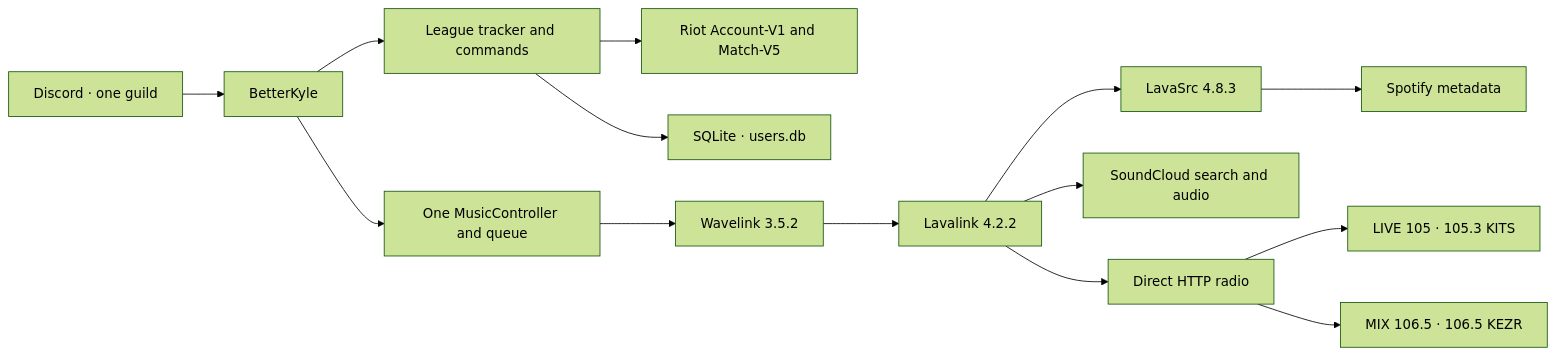
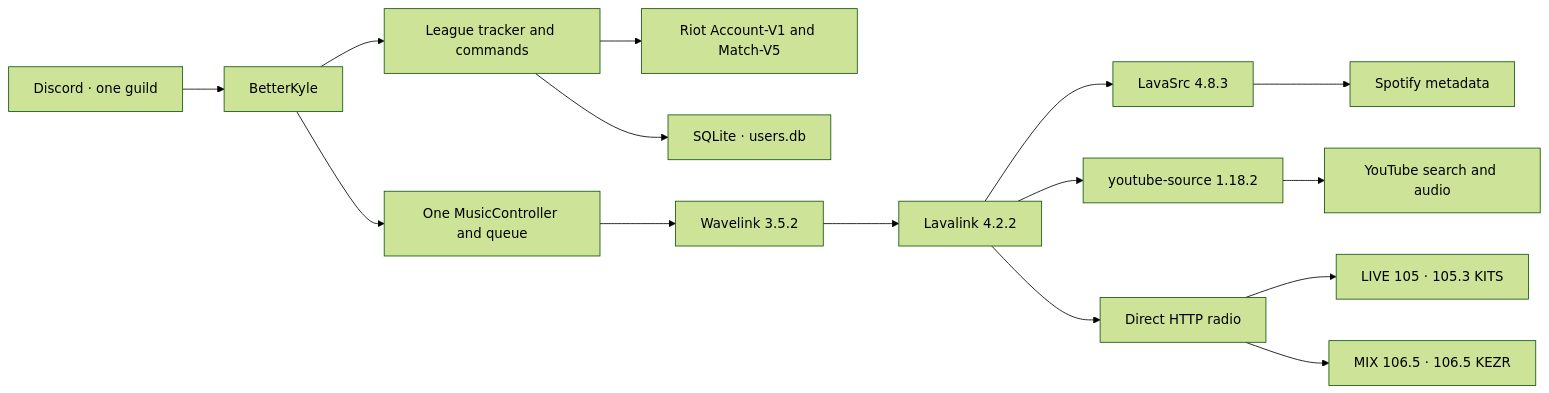
Before and after one commit to EddyM30/BetterKyle: the diagram in README.md, drawn with Mermaid (forest theme). The commit also changed other lines of this file and 6 other files, not shown here.

Commit message:
Restore music playback with YouTube audio

````diff
--- a/README.md
+++ b/README.md
@@ -54,16 +57,17 @@
 ```mermaid
 flowchart LR
     Discord["Discord · one guild"] --> Bot["BetterKyle"]
     Bot --> League["League tracker and commands"]
     League --> Riot["Riot Account-V1 and Match-V5"]
     League --> SQLite["SQLite · users.db"]
     Bot --> Music["One MusicController and queue"]
     Music --> Wavelink["Wavelink 3.5.2"]
     Wavelink --> Lavalink["Lavalink 4.2.2"]
     Lavalink --> LavaSrc["LavaSrc 4.8.3"]
+    Lavalink --> YTSource["youtube-source 1.18.2"]
     LavaSrc --> Spotify["Spotify metadata"]
-    Lavalink --> SoundCloud["SoundCloud search and audio"]
+    YTSource --> YouTube["YouTube search and audio"]
     Lavalink --> Radio["Direct HTTP radio"]
     Radio --> Live105["LIVE 105 · 105.3 KITS"]
     Radio --> Mix1065["MIX 106.5 · 106.5 KEZR"]
 ```
````
